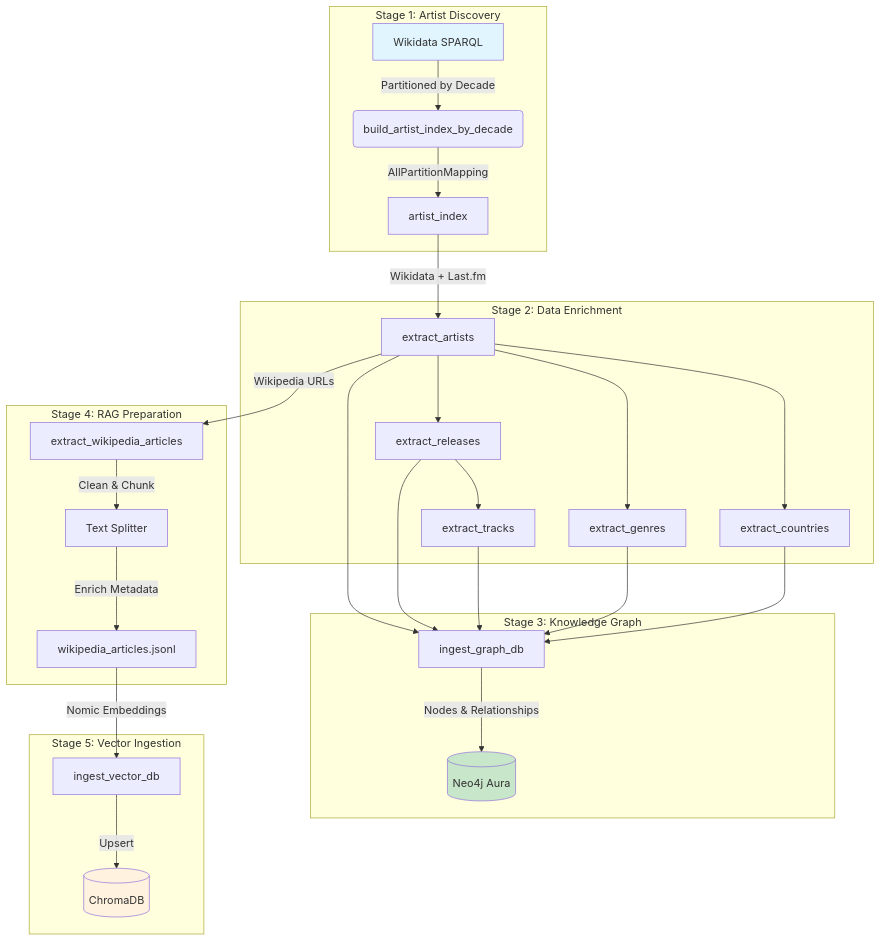
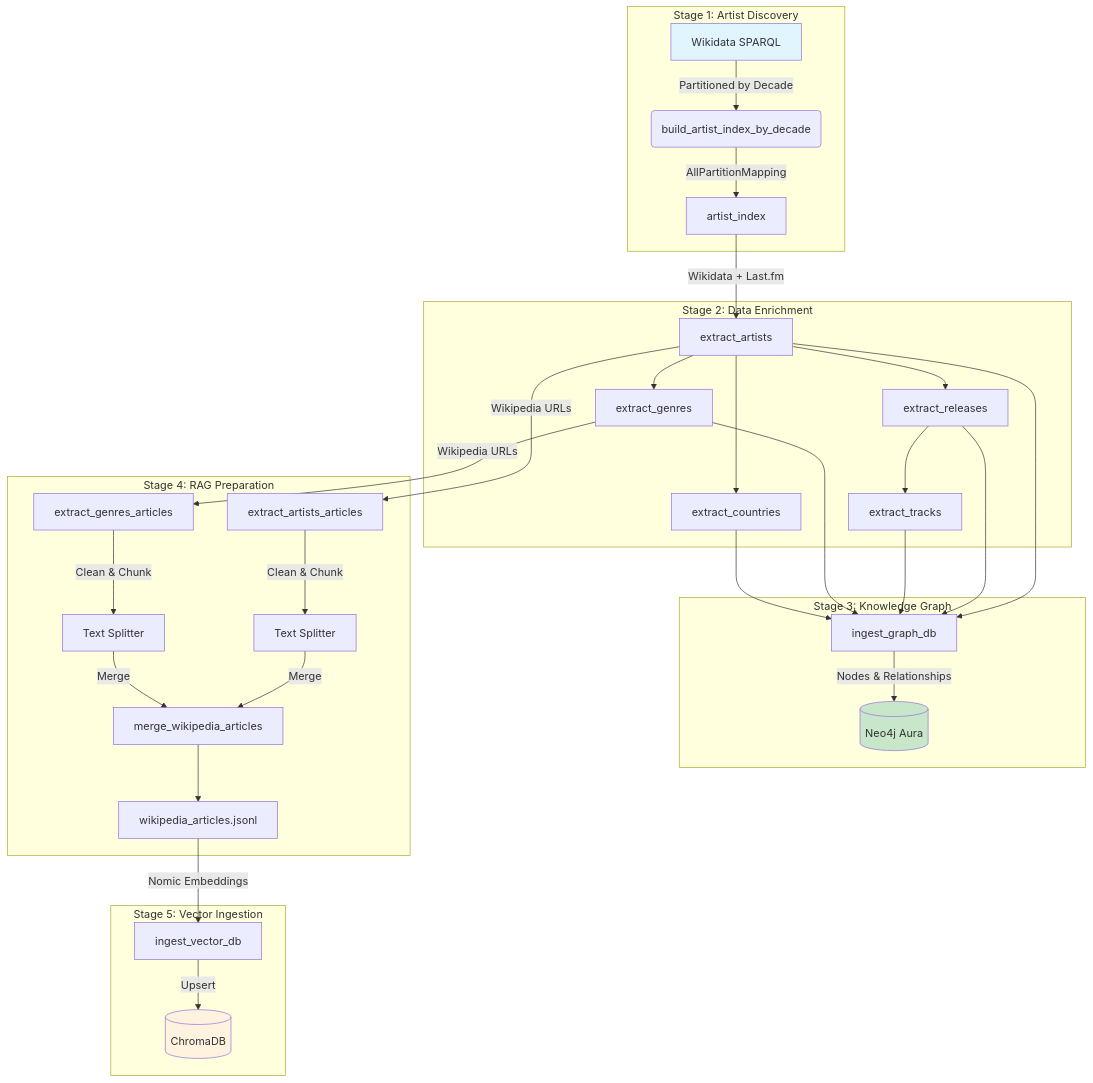
Before and after one commit to pacoreyes/GraphRagDataPipeline: the first of 2 diagrams in README.md, drawn with Mermaid. The commit also changed other lines of this file, not shown here.

````diff
--- a/README.md
+++ b/README.md
@@ -233,35 +241,38 @@
 ```mermaid
 graph TD
     subgraph "Stage 1: Artist Discovery"
         A[Wikidata SPARQL] -->|Partitioned by Decade| B(build_artist_index_by_decade)
         B -->|AllPartitionMapping| C[artist_index]
     end
 
     subgraph "Stage 2: Data Enrichment"
         C -->|Wikidata + Last.fm| D[extract_artists]
         D --> E[extract_releases]
         E --> F[extract_tracks]
         D --> G[extract_genres]
         D --> H[extract_countries]
     end
 
     subgraph "Stage 3: Knowledge Graph"
         D & E & F & G & H --> I[ingest_graph_db]
         I -->|Nodes & Relationships| J[(Neo4j Aura)]
     end
 
     subgraph "Stage 4: RAG Preparation"
-        D -->|Wikipedia URLs| K[extract_wikipedia_articles]
-        K -->|Clean & Chunk| L[Text Splitter]
-        L -->|Enrich Metadata| M[wikipedia_articles.jsonl]
+        D -->|Wikipedia URLs| K1[extract_artists_articles]
+        G -->|Wikipedia URLs| K2[extract_genres_articles]
+        K1 -->|Clean & Chunk| L1[Text Splitter]
+        K2 -->|Clean & Chunk| L2[Text Splitter]
+        L1 & L2 -->|Merge| M[merge_wikipedia_articles]
+        M --> N[wikipedia_articles.jsonl]
     end
 
     subgraph "Stage 5: Vector Ingestion"
-        M -->|Nomic Embeddings| N[ingest_vector_db]
-        N -->|Upsert| O[(ChromaDB)]
+        N -->|Nomic Embeddings| P[ingest_vector_db]
+        P -->|Upsert| Q[(ChromaDB)]
     end
 
     style A fill:#e1f5fe
     style J fill:#c8e6c9
-    style O fill:#fff3e0
+    style Q fill:#fff3e0
 ```
````
